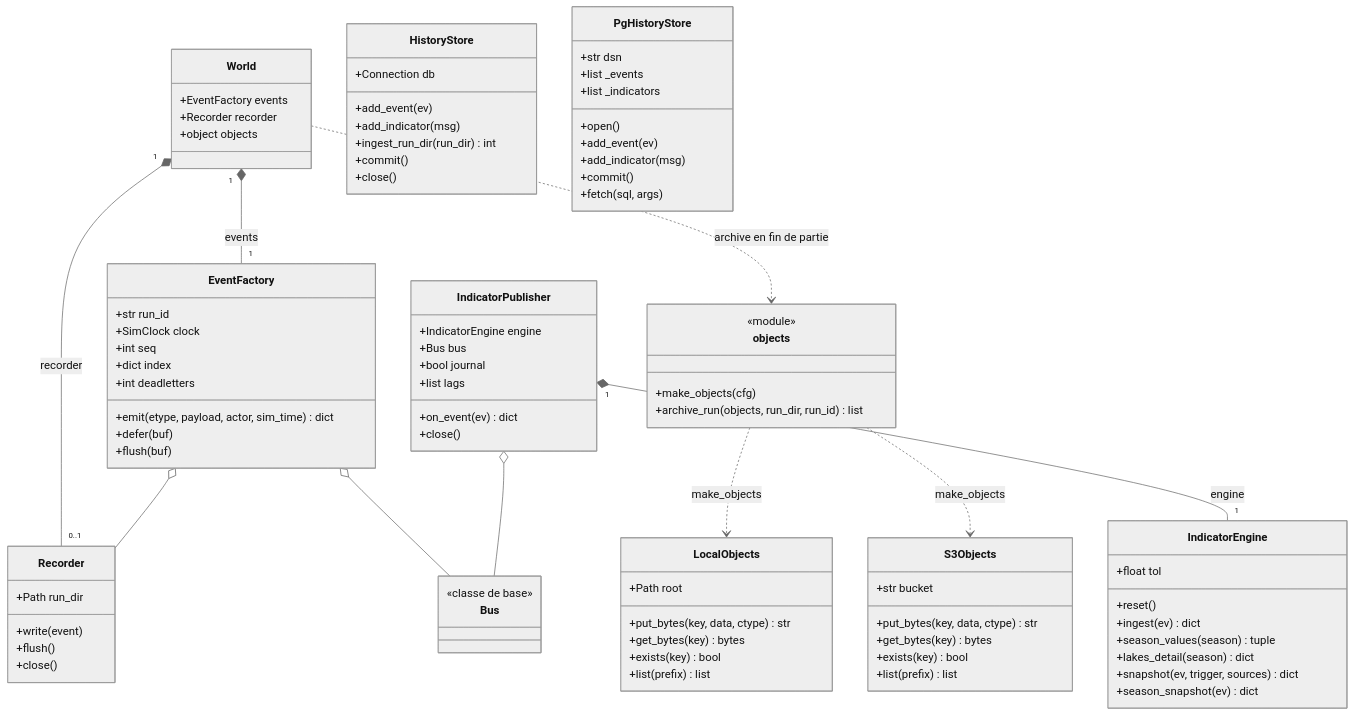
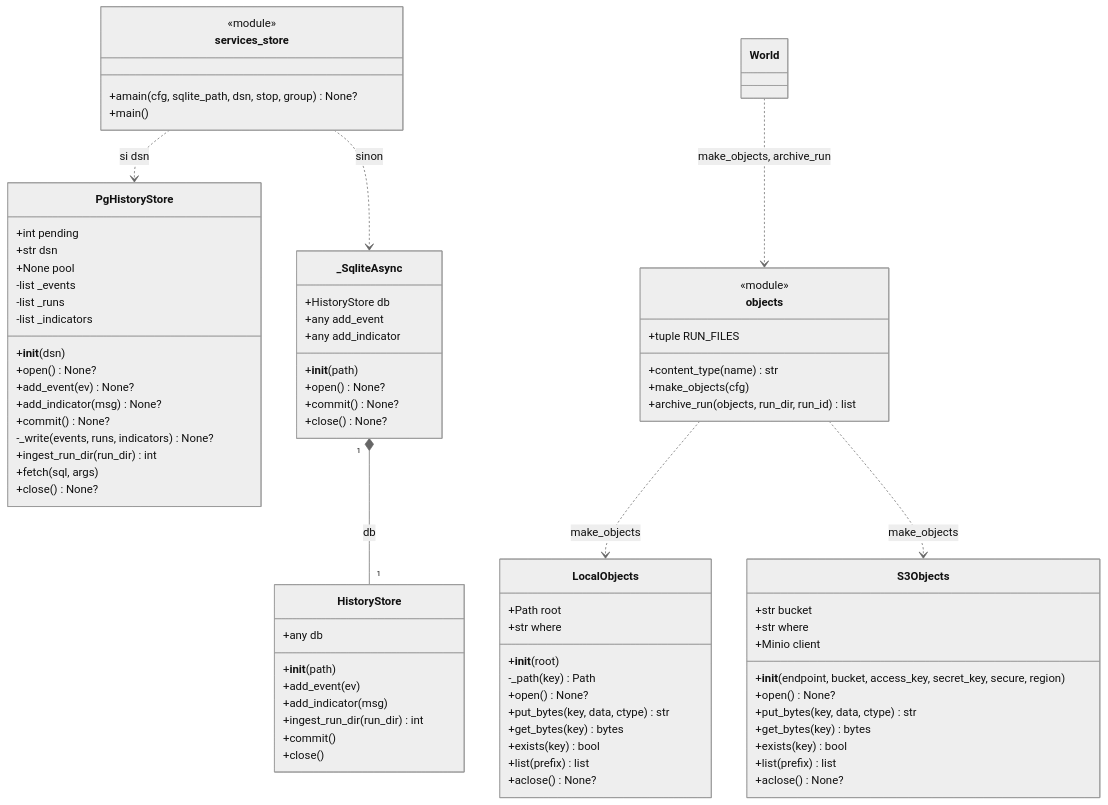
One commit to Romain-LM-Dev/Projet-Parcours---Filets-de-Vellmor changed the fourth of 6 diagrams in docs/uml/classes-infrastructure.md. Above: the diagram before and after it, drawn with Mermaid (neutral theme). The commit also changed other lines of this file and 11 other files, not shown here.

Commit message:
Docs : diagrammes UML complets (97 : chaque classe avec tous ses attributs et méthodes, World et WorldView en vues par domaine, 8 scénarios en séquence et en communication, ~95 cas d'utilisation) ; index dans le README ; PDF régénéré (125 pages) et son script docs/uml/build_pdf.py

````diff
--- a/docs/uml/classes-infrastructure.md
+++ b/docs/uml/classes-infrastructure.md
@@ -124,48 +423,8 @@
 ```mermaid
 classDiagram
-    class World {
-        +EventFactory events
-        +Recorder recorder
-        +object objects
-    }
-    class EventFactory {
-        +str run_id
-        +SimClock clock
-        +int seq
-        +dict index
-        +int deadletters
-        +emit(etype, payload, actor, sim_time) dict
-        +defer(buf)
-        +flush(buf)
-    }
-    class Recorder {
-        +Path run_dir
-        +write(event)
-        +flush()
-        +close()
-    }
-    class Bus {
-        <<classe de base>>
-    }
-    class IndicatorPublisher {
-        +IndicatorEngine engine
-        +Bus bus
-        +bool journal
-        +list lags
-        +on_event(ev) dict
-        +close()
-    }
-    class IndicatorEngine {
-        +float tol
-        +reset()
-        +ingest(ev) dict
-        +season_values(season) tuple
-        +lakes_detail(season) dict
-        +snapshot(ev, trigger, sources) dict
-        +season_snapshot(ev) dict
-    }
     class HistoryStore {
-        +Connection db
+        +any db
+        +__init__(path)
         +add_event(ev)
         +add_indicator(msg)
         +ingest_run_dir(run_dir) int
@@ -173,42 +432,72 @@
         +close()
     }
     class PgHistoryStore {
+        +int pending
         +str dsn
-        +list _events
-        +list _indicators
-        +open()
-        +add_event(ev)
-        +add_indicator(msg)
-        +commit()
+        +None pool
+        -list _events
+        -list _runs
+        -list _indicators
+        +__init__(dsn)
+        +open() None?
+        +add_event(ev) None?
+        +add_indicator(msg) None?
+        +commit() None?
+        -_write(events, runs, indicators) None?
+        +ingest_run_dir(run_dir) int
         +fetch(sql, args)
+        +close() None?
+    }
+    class _SqliteAsync {
+        +HistoryStore db
+        +any add_event
+        +any add_indicator
+        +__init__(path)
+        +open() None?
+        +commit() None?
+        +close() None?
     }
     class LocalObjects {
         +Path root
+        +str where
+        +__init__(root)
+        -_path(key) Path
+        +open() None?
         +put_bytes(key, data, ctype) str
         +get_bytes(key) bytes
         +exists(key) bool
         +list(prefix) list
+        +aclose() None?
     }
     class S3Objects {
         +str bucket
+        +str where
+        +Minio client
+        +__init__(endpoint, bucket, access_key, secret_key, secure, region)
+        +open() None?
         +put_bytes(key, data, ctype) str
         +get_bytes(key) bytes
         +exists(key) bool
         +list(prefix) list
+        +aclose() None?
     }
     class objects {
         <<module>>
+        +tuple RUN_FILES
+        +content_type(name) str
         +make_objects(cfg)
         +archive_run(objects, run_dir, run_id) list
     }
-
-    World "1" *-- "1" EventFactory : events
-    World "1" *-- "0..1" Recorder : recorder
-    EventFactory o-- Recorder
-    EventFactory o-- Bus
-    IndicatorPublisher "1" *-- "1" IndicatorEngine : engine
-    IndicatorPublisher o-- Bus
+    class services_store {
+        <<module>>
+        +amain(cfg, sqlite_path, dsn, stop, group) None?
+        +main()
+    }
+    class World
+    _SqliteAsync "1" *-- "1" HistoryStore : db
+    services_store ..> PgHistoryStore : si dsn
+    services_store ..> _SqliteAsync : sinon
     objects ..> LocalObjects : make_objects
     objects ..> S3Objects : make_objects
-    World ..> objects : archive en fin de partie
+    World ..> objects : make_objects, archive_run
 ```
````
